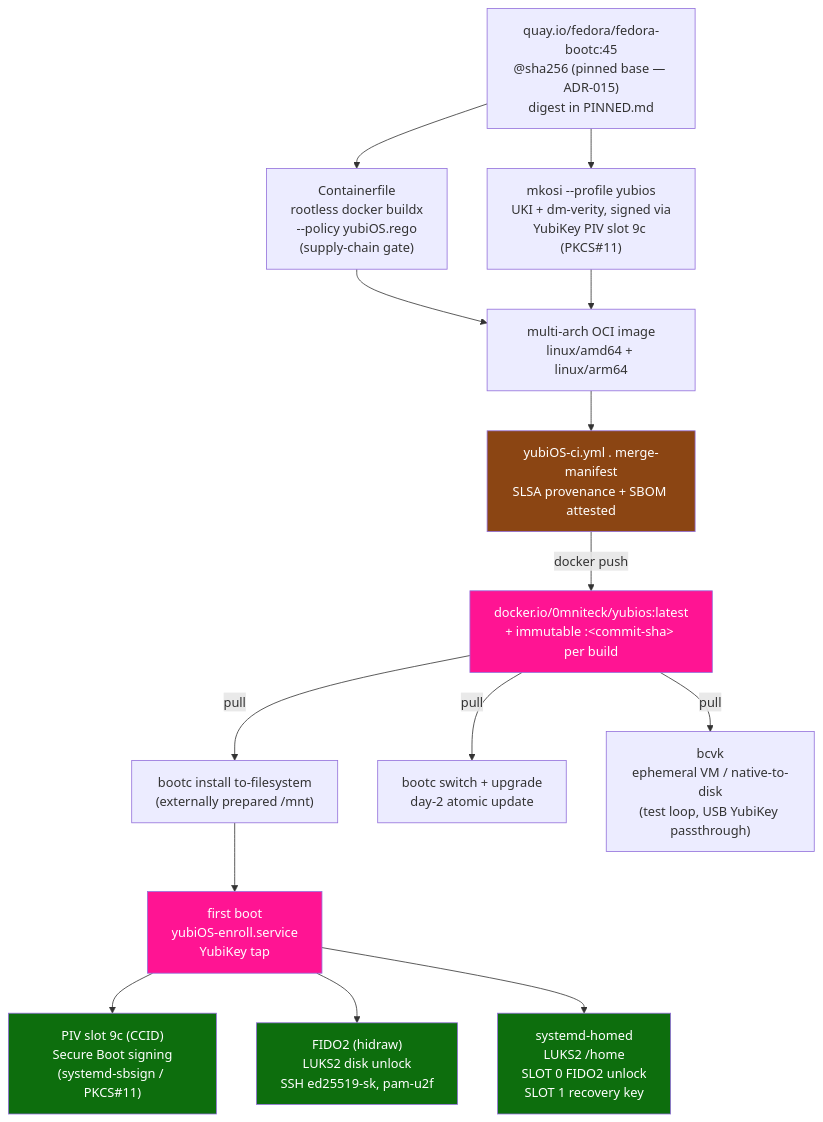
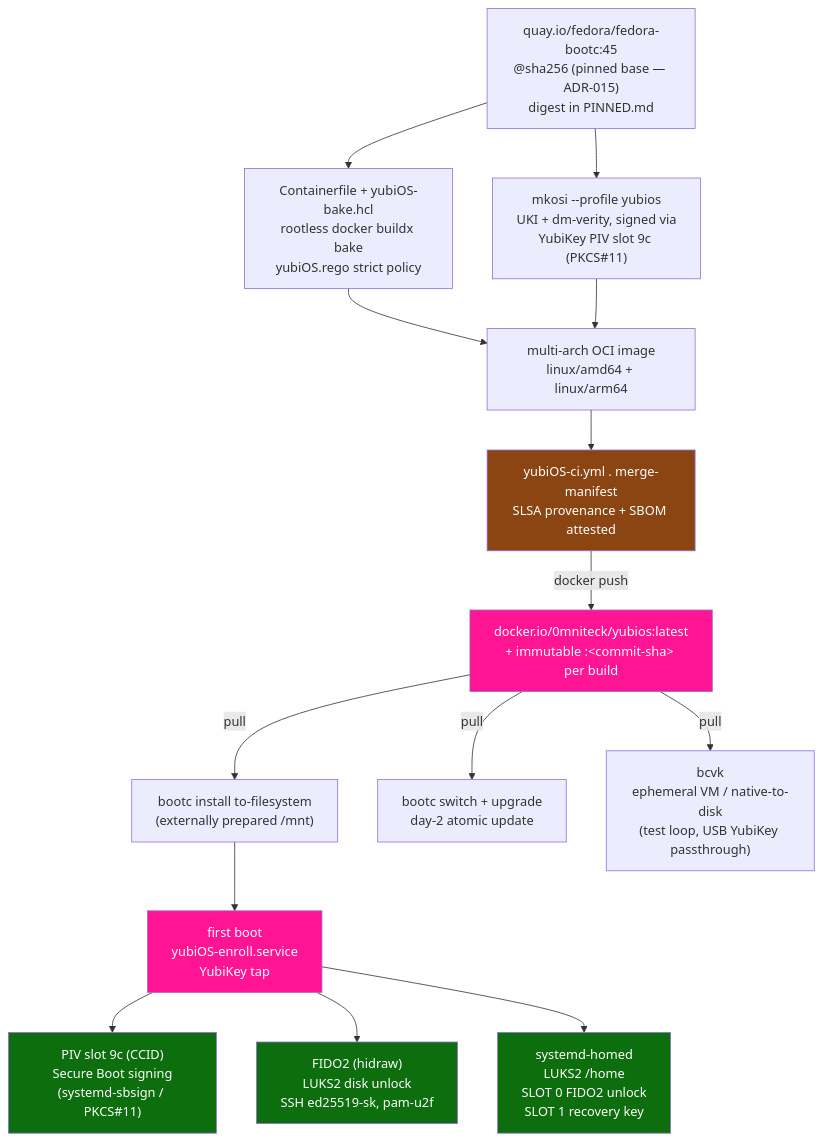
Before and after one commit to corning-croak-cable/yubiOS: the diagram in README.md, drawn with Mermaid. The commit also changed other lines of this file and 13 other files, not shown here.

Commit message:
docs: refresh architecture and add arm64 installer

````diff
--- a/README.md
+++ b/README.md
@@ -179,37 +206,37 @@
 ```mermaid
 graph TD
     BASE["quay.io/fedora/fedora-bootc:45\n@sha256 (pinned base — ADR-015)\ndigest in PINNED.md"]
-    CF["Containerfile\nrootless docker buildx\n--policy yubiOS.rego\n(supply-chain gate)"]
+    CF["Containerfile + yubiOS-bake.hcl\nrootless docker buildx bake\nyubiOS.rego strict policy"]
     MKOSI["mkosi --profile yubios\nUKI + dm-verity, signed via\nYubiKey PIV slot 9c (PKCS#11)"]
     OCI["multi-arch OCI image\nlinux/amd64 + linux/arm64"]
     CI["yubiOS-ci.yml . merge-manifest\nSLSA provenance + SBOM attested"]
     REG["docker.io/0mniteck/yubios:latest\n+ immutable :&lt;commit-sha&gt; per build"]
     INSTALL["bootc install to-filesystem\n(externally prepared /mnt)"]
     UPGRADE["bootc switch + upgrade\nday-2 atomic update"]
     BCVK["bcvk\nephemeral VM / native-to-disk\n(test loop, USB YubiKey passthrough)"]
     ENROLL["first boot\nyubiOS-enroll.service\nYubiKey tap"]
     PIV["PIV slot 9c (CCID)\nSecure Boot signing\n(systemd-sbsign / PKCS#11)"]
     FIDO["FIDO2 (hidraw)\nLUKS2 disk unlock\nSSH ed25519-sk, pam-u2f"]
     HOMED["systemd-homed\nLUKS2 /home\nSLOT 0 FIDO2 unlock\nSLOT 1 recovery key"]
 
     BASE --> CF
     BASE --> MKOSI
     CF --> OCI
     MKOSI --> OCI
     OCI --> CI
     CI -->|docker push| REG
     REG -->|pull| INSTALL
     REG -->|pull| UPGRADE
     REG -->|pull| BCVK
     INSTALL --> ENROLL
     ENROLL --> PIV
     ENROLL --> FIDO
     ENROLL --> HOMED
 
     style REG fill:#ff1493,color:#fff
     style ENROLL fill:#ff1493,color:#fff
     style PIV fill:#0d6e0d,color:#fff
     style FIDO fill:#0d6e0d,color:#fff
     style HOMED fill:#0d6e0d,color:#fff
     style CI fill:#8b4513,color:#fff
 ```
````
